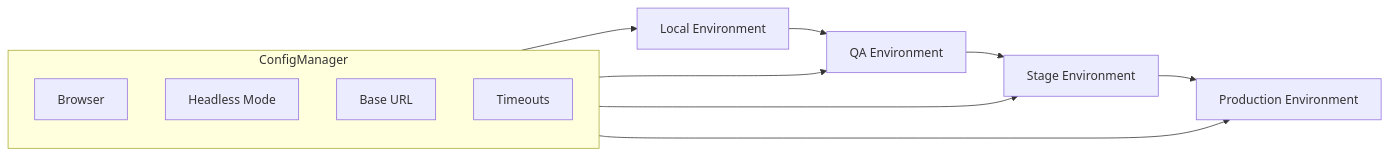
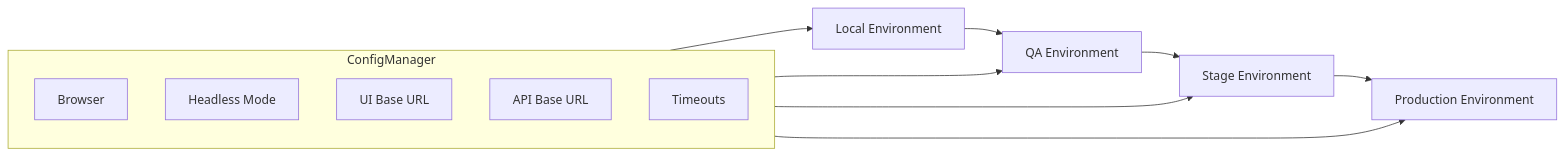
One commit to brouwera/Selenium-Framework changed the third of 3 diagrams in README.md. Above: the diagram before and after it, drawn with Mermaid. The commit also changed other lines of this file and 8 other files, not shown here.

````diff
--- a/README.md
+++ b/README.md
@@ -593,19 +652,20 @@
 ```mermaid
 flowchart LR
 
     Local[Local Environment] --> QA[QA Environment]
     QA --> Stage[Stage Environment]
     Stage --> Prod[Production Environment]
 
     subgraph ConfigManager
         BROWSER[Browser]
         HEADLESS[Headless Mode]
-        BASEURL[Base URL]
+        BASEURL[UI Base URL]
+        APIURL[API Base URL]
         TIMEOUTS[Timeouts]
     end
 
     ConfigManager --> Local
     ConfigManager --> QA
     ConfigManager --> Stage
     ConfigManager --> Prod
 ```
````
